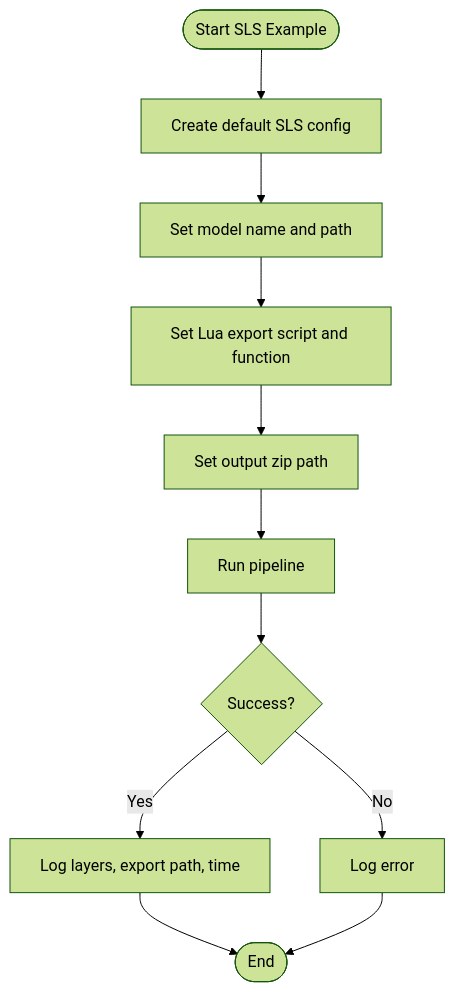
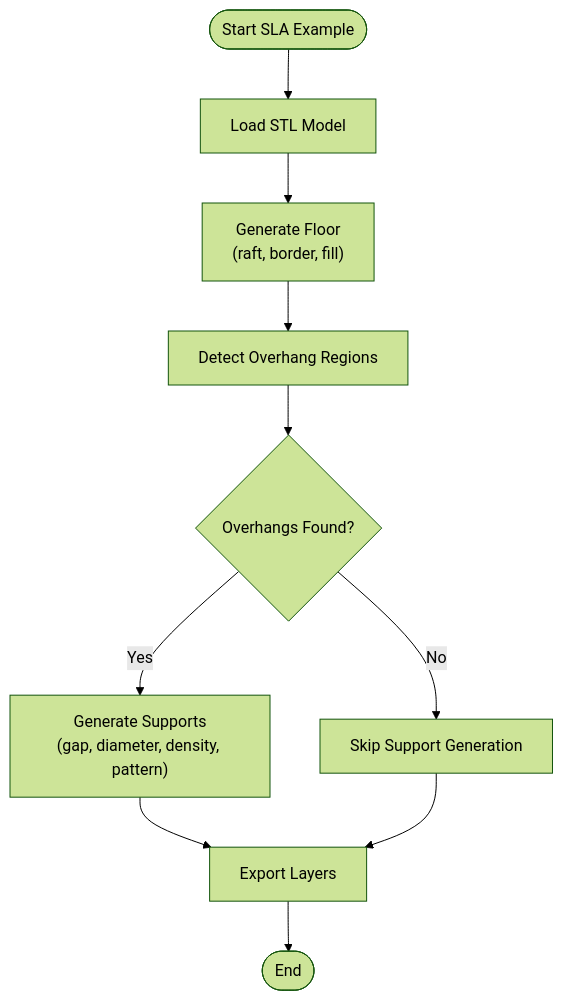
Before and after one commit to hsmbanlance/HsBaSlicer: the fourth of 6 diagrams in .qoder/repowiki/en/content/Examples & Samples/Basic Examples.md, drawn with Mermaid (forest theme). The commit also changed other lines of this file and 1095 other files, not shown here.

````diff
--- a/.qoder/repowiki/en/content/Examples & Samples/Basic Examples.md
+++ b/.qoder/repowiki/en/content/Examples & Samples/Basic Examples.md
@@ -446,13 +190,12 @@
 ```mermaid
 flowchart TD
-Start(["Start SLS Example"]) --> CreateCfg["Create default SLS config"]
-CreateCfg --> SetModel["Set model name and path"]
-SetModel --> SetExport["Set Lua export script and function"]
-SetExport --> SetOutput["Set output zip path"]
-SetOutput --> Run["Run pipeline"]
-Run --> Result{"Success?"}
-Result --> |Yes| LogSuccess["Log layers, export path, time"]
-Result --> |No| LogError["Log error"]
-LogSuccess --> End(["End"])
-LogError --> End
+Start(["Start SLA Example"]) --> LoadModel["Load STL Model"]
+LoadModel --> GenerateFloor["Generate Floor<br/>(raft, border, fill)"]
+GenerateFloor --> DetectOverhang["Detect Overhang Regions"]
+DetectOverhang --> HasOverhang{"Overhangs Found?"}
+HasOverhang --> |No| SkipSupport["Skip Support Generation"]
+HasOverhang --> |Yes| GenerateSupport["Generate Supports<br/>(gap, diameter, density, pattern)"]
+GenerateSupport --> ExportLayers["Export Layers"]
+SkipSupport --> ExportLayers
+ExportLayers --> End(["End"])
 ```
````
